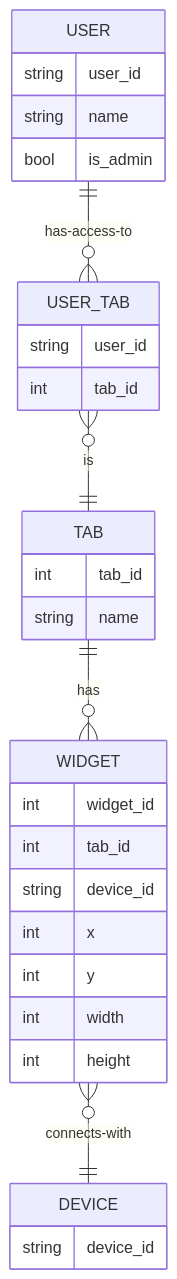
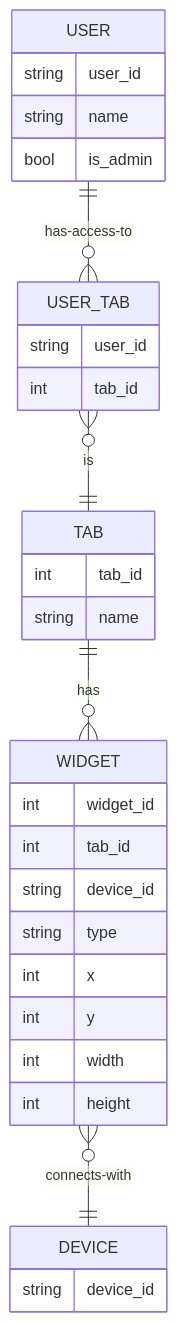
Before and after one commit to loloToster/Nexum: the diagram in README.md, drawn with Mermaid.

Commit message:
✏️ added type field to widget in readme

````diff
--- a/README.md
+++ b/README.md
@@ -5,40 +5,41 @@
 ```mermaid
 erDiagram
     USER ||--o{ USER_TAB : has-access-to
 
     USER {
         string user_id
         string name 
         bool is_admin
     }
 
     USER_TAB }o--|| TAB : is
 
     USER_TAB {
         string user_id
         int tab_id
     }
 
     TAB ||--o{ WIDGET : has
 
     TAB {
         int tab_id
         string name
     }
 
     WIDGET }o--|| DEVICE : connects-with
 
     WIDGET {
         int widget_id
         int tab_id
         string device_id
+        string type
         int x
         int y
         int width
         int height
     }
 
     DEVICE {
         string device_id
     }
 ```
````
